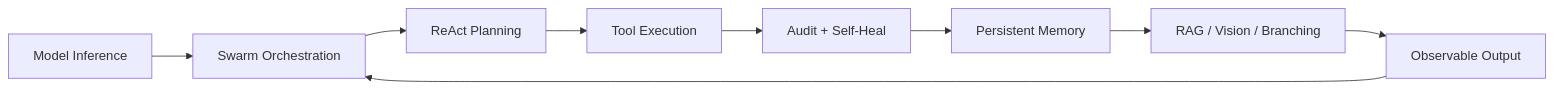
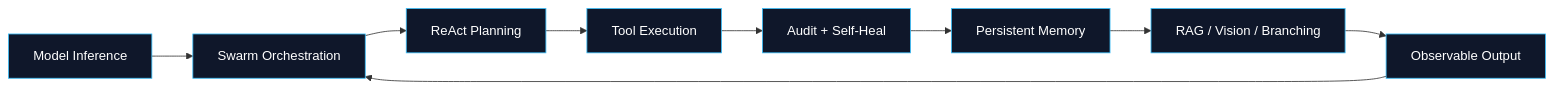
Before and after one commit to Eternalcodertanishq3/pravaha: the first of 2 diagrams in README.md, drawn with Mermaid. The commit also changed other lines of this file, not shown here.

````diff
--- a/README.md
+++ b/README.md
@@ -53,11 +52,15 @@
 ```mermaid
+%%{init: {'flowchart': {'curve': 'basis'}}}%%
 flowchart LR
-  A[Model Inference] --> B[Swarm Orchestration]
-  B --> C[ReAct Planning]
-  C --> D[Tool Execution]
-  D --> E[Audit + Self-Heal]
-  E --> F[Persistent Memory]
-  F --> G[RAG / Vision / Branching]
-  G --> H[Observable Output]
+  A["Model Inference"] --> B["Swarm Orchestration"]
+  B --> C["ReAct Planning"]
+  C --> D["Tool Execution"]
+  D --> E["Audit + Self-Heal"]
+  E --> F["Persistent Memory"]
+  F --> G["RAG / Vision / Branching"]
+  G --> H["Observable Output"]
   H --> B
+
+  classDef cyber fill:#0f172a,stroke:#38bdf8,color:#ffffff,stroke-width:1px;
+  class A,B,C,D,E,F,G,H cyber;
 ```
````
